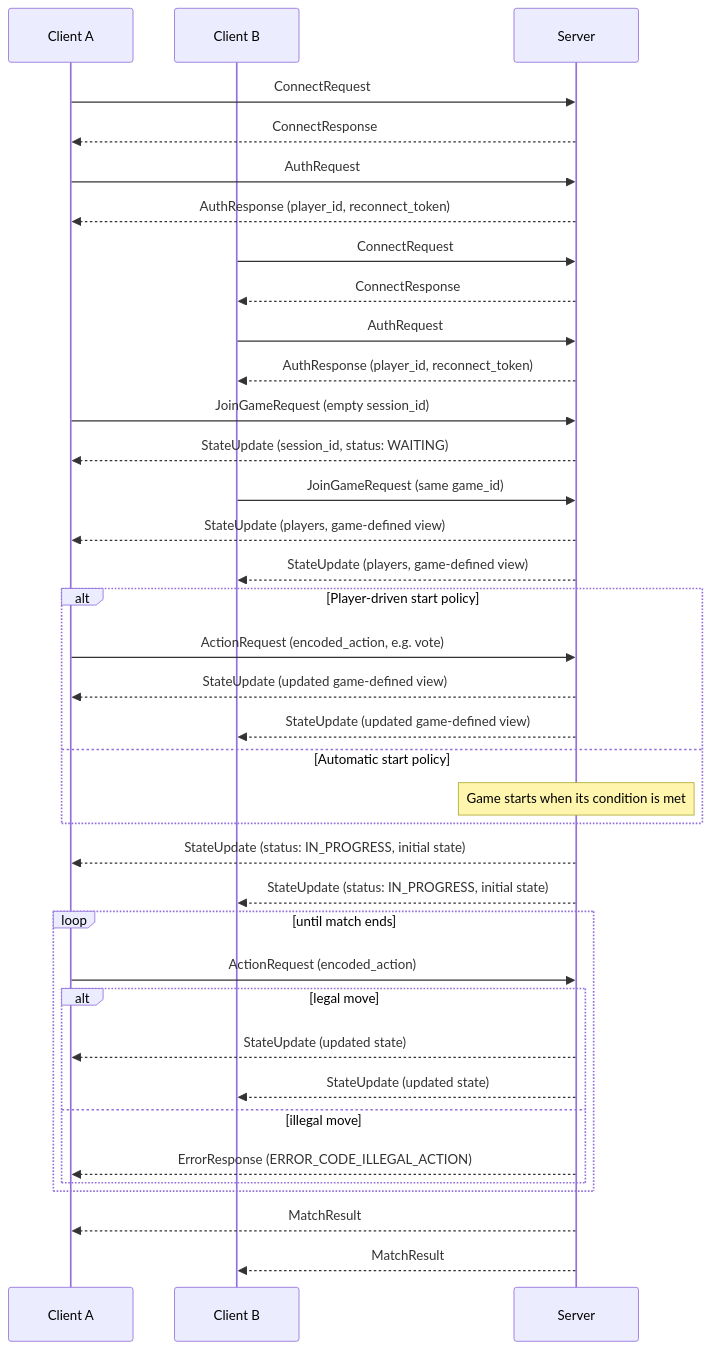
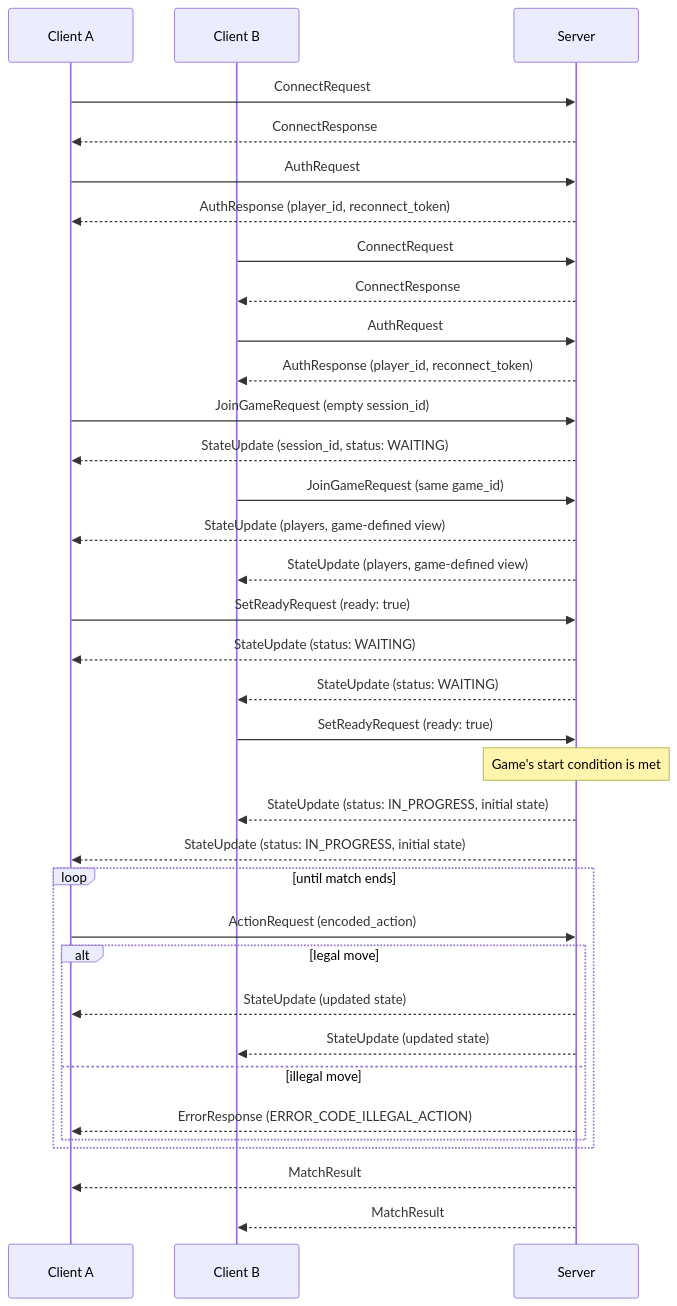
One commit to stevenlagoy/RAMServer-Core changed the diagram in docs/protocol.md. Above: the diagram before and after it, drawn with Mermaid. The commit also changed other lines of this file and 1 other file, not shown here.

Commit message:
Add SetReadyRequest and LegalActionsRequest/Response to protocol

````diff
--- a/docs/protocol.md
+++ b/docs/protocol.md
@@ -275,45 +307,43 @@
 ```mermaid
 sequenceDiagram
     participant A as Client A
     participant B as Client B
     participant S as Server
 
     A->>S: ConnectRequest
     S-->>A: ConnectResponse
     A->>S: AuthRequest
     S-->>A: AuthResponse (player_id, reconnect_token)
 
     B->>S: ConnectRequest
     S-->>B: ConnectResponse
     B->>S: AuthRequest
     S-->>B: AuthResponse (player_id, reconnect_token)
 
     A->>S: JoinGameRequest (empty session_id)
     S-->>A: StateUpdate (session_id, status: WAITING)
     B->>S: JoinGameRequest (same game_id)
     S-->>A: StateUpdate (players, game-defined view)
     S-->>B: StateUpdate (players, game-defined view)
 
-    alt Player-driven start policy
-        A->>S: ActionRequest (encoded_action, e.g. vote)
-        S-->>A: StateUpdate (updated game-defined view)
-        S-->>B: StateUpdate (updated game-defined view)
-    else Automatic start policy
-        Note over S: Game starts when its condition is met
-    end
+    A->>S: SetReadyRequest (ready: true)
+    S-->>A: StateUpdate (status: WAITING)
+    S-->>B: StateUpdate (status: WAITING)
+    B->>S: SetReadyRequest (ready: true)
+    Note over S: Game's start condition is met
+    S-->>B: StateUpdate (status: IN_PROGRESS, initial state)
     S-->>A: StateUpdate (status: IN_PROGRESS, initial state)
-    S-->>B: StateUpdate (status: IN_PROGRESS, initial state)
 
     loop until match ends
         A->>S: ActionRequest (encoded_action)
         alt legal move
             S-->>A: StateUpdate (updated state)
             S-->>B: StateUpdate (updated state)
         else illegal move
             S-->>A: ErrorResponse (ERROR_CODE_ILLEGAL_ACTION)
         end
     end
 
     S-->>A: MatchResult
     S-->>B: MatchResult
 ```
````
